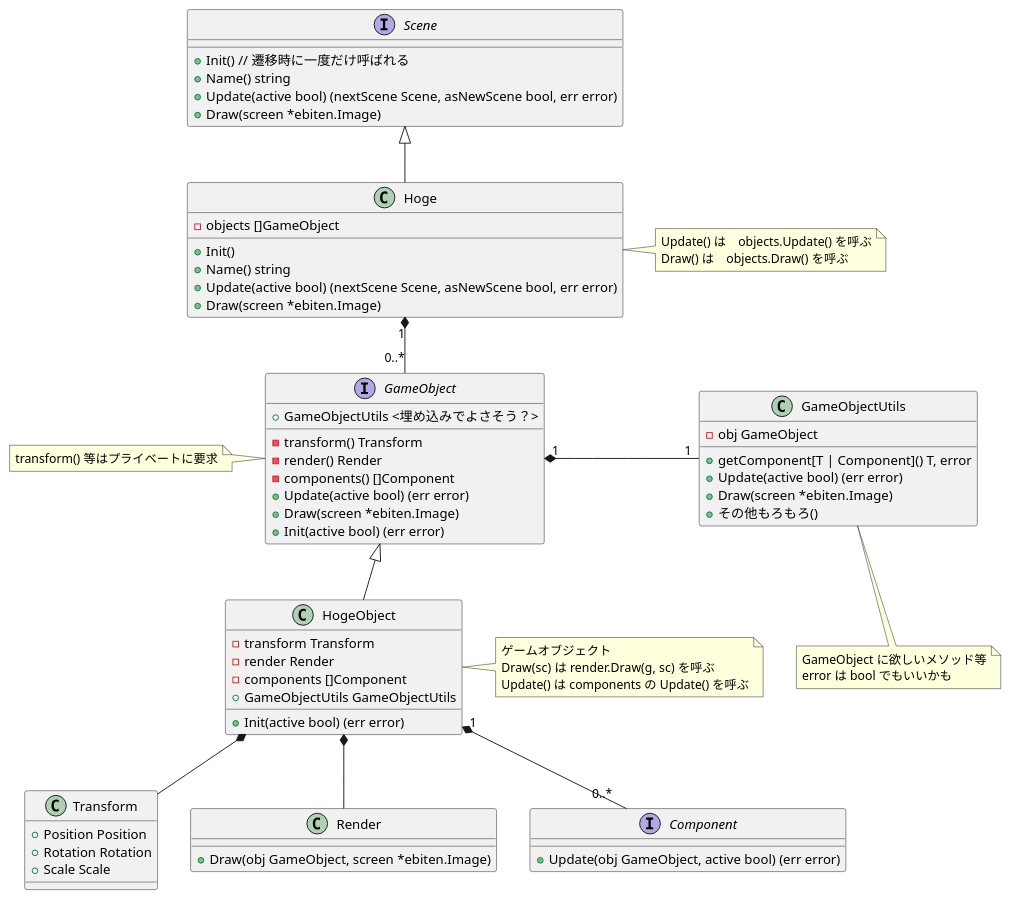
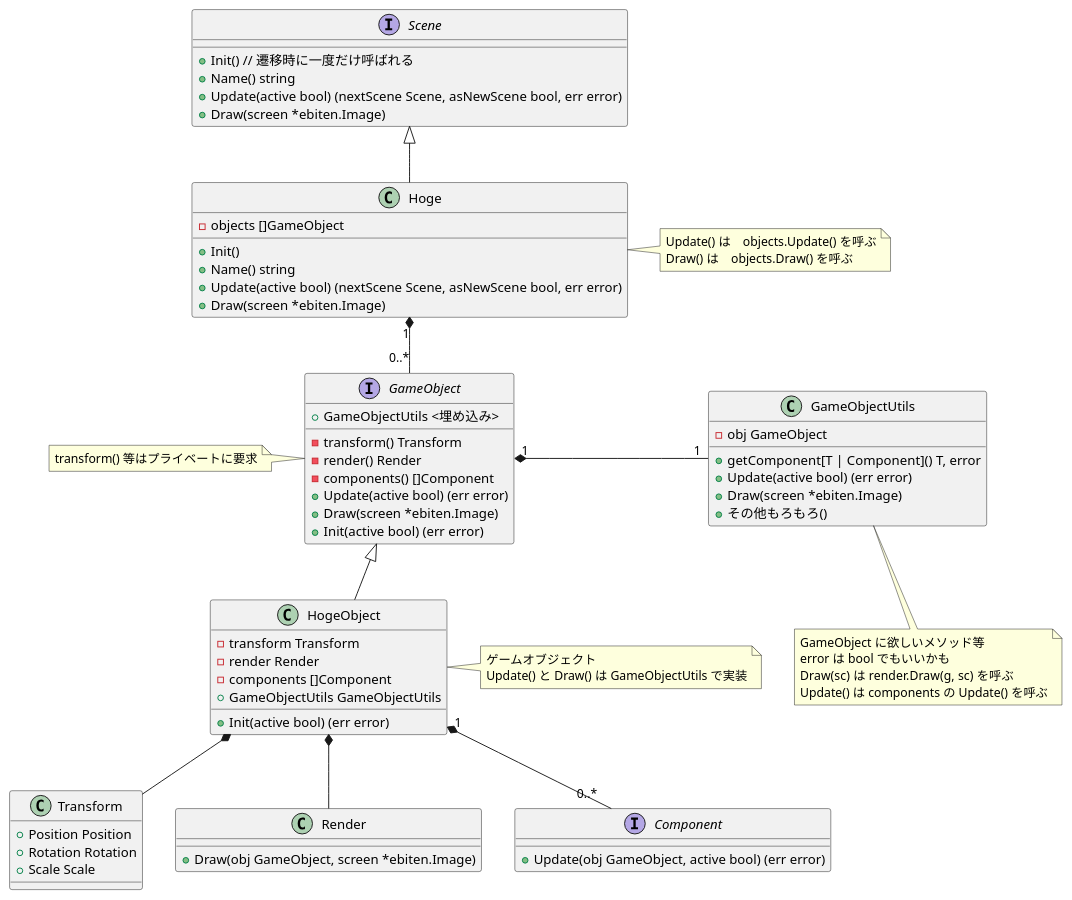
The diagram in Docs/Scene_class_diagram.puml (kmc-jp/Gamedev_Tempura-of-p--Phenylazo-phenol), drawn with PlantUML before and after one commit.

Commit message:
メモを実態に合わせて修正

```diff
--- a/Docs/Scene_class_diagram.puml
+++ b/Docs/Scene_class_diagram.puml
@@ -1,75 +1,75 @@
 @startuml Scene_class_diagram
 
 interface Scene {
     + Init() // 遷移時に一度だけ呼ばれる
     + Name() string
     + Update(active bool) (nextScene Scene, asNewScene bool, err error)
     + Draw(screen *ebiten.Image)
 }
 
 class Hoge {
     - objects []GameObject
     + Init()
     + Name() string
     + Update(active bool) (nextScene Scene, asNewScene bool, err error)
     + Draw(screen *ebiten.Image)
 }
 note right of Hoge : Update() は　objects.Update() を呼ぶ\nDraw() は　objects.Draw() を呼ぶ
 
 Hoge -up-|> Scene
 
 Hoge "1" *-- "0..*" GameObject
 
 interface GameObject {
-    + GameObjectUtils <埋め込みでよさそう？>
+    + GameObjectUtils <埋め込み>
     - transform() Transform
     - render() Render
     - components() []Component
     + Update(active bool) (err error)
     + Draw(screen *ebiten.Image)
     + Init(active bool) (err error)
 }
 note left of GameObject : transform() 等はプライベートに要求
 
 class GameObjectUtils {
     - obj GameObject
     + getComponent[T | Component]() T, error
     + Update(active bool) (err error)
     + Draw(screen *ebiten.Image)
     + その他もろもろ()
 }
-note bottom of GameObjectUtils : GameObject に欲しいメソッド等\nerror は bool でもいいかも
+note bottom of GameObjectUtils : GameObject に欲しいメソッド等\nerror は bool でもいいかも\nDraw(sc) は render.Draw(g, sc) を呼ぶ\nUpdate() は components の Update() を呼ぶ
 
 GameObject "1" *- "1" GameObjectUtils
 
 
 class HogeObject {
     - transform Transform
     - render Render
     - components []Component
     + GameObjectUtils GameObjectUtils
     + Init(active bool) (err error)
 }
-note right of HogeObject : ゲームオブジェクト\nDraw(sc) は render.Draw(g, sc) を呼ぶ\nUpdate() は components の Update() を呼ぶ
+note right of HogeObject : ゲームオブジェクト\nUpdate() と Draw() は GameObjectUtils で実装
 
 
 HogeObject -up-|> GameObject
 HogeObject *-- Transform
 HogeObject *-- Render
 
 HogeObject "1" *-- "0..*" Component
 
 class Transform {
     + Position Position
     + Rotation Rotation
     + Scale Scale
 }
 
 class Render {
     + Draw(obj GameObject, screen *ebiten.Image)
 }
 
 interface Component {
     + Update(obj GameObject, active bool) (err error)
 }
 @enduml
```
